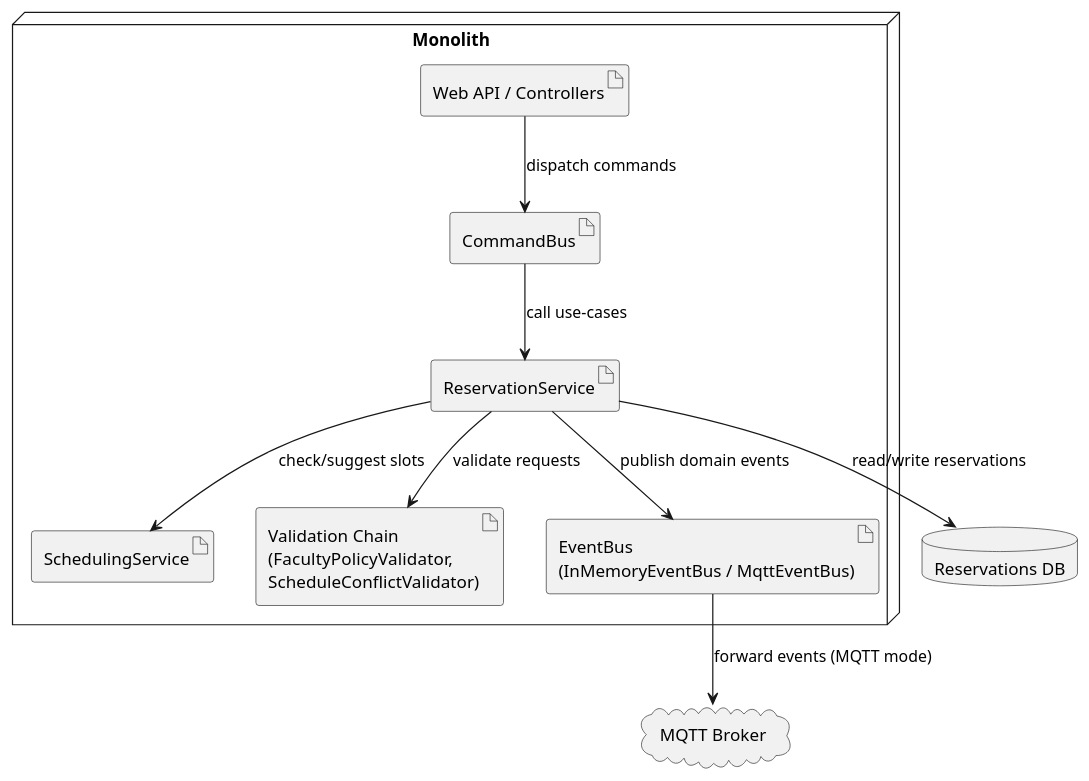
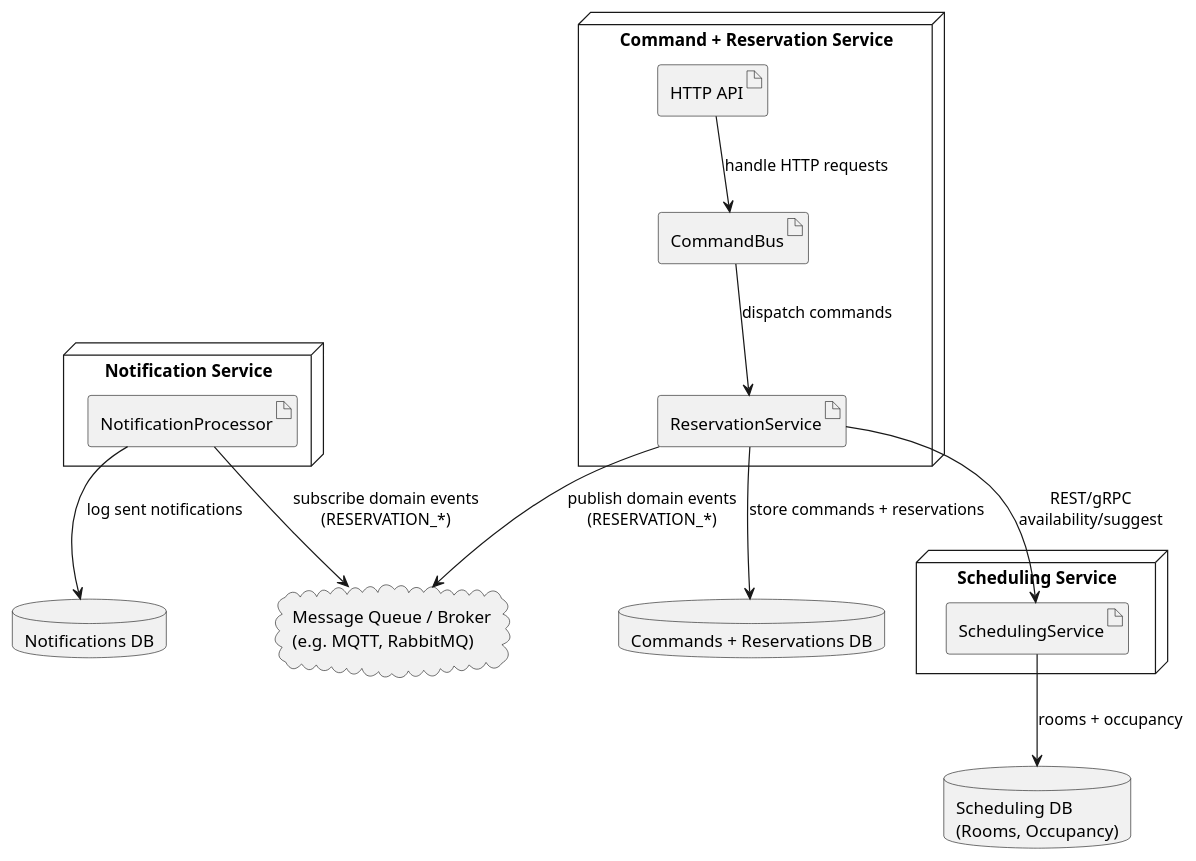
Before and after one commit to mmswflow-upb/sdt-proj: the diagram in diagrams/microservices/deployment.puml, drawn with PlantUML. The commit also changed 11 other files, not shown here.

Commit message:
readme finished and diagrams added

```diff
--- a/diagrams/microservices/deployment.puml
+++ b/diagrams/microservices/deployment.puml
@@ -1,27 +1,50 @@
-@startuml Monolith_Deployment
+@startuml Microservices_Deployment_Final
 
 skinparam nodeStyle rectangle
 skinparam databaseStyle cylinder
 
-node "Monolith" as MonolithApp {
-
-  artifact "Web API / Controllers" as WebApi
-  artifact "CommandBus" as CommandBus
-  artifact "ReservationService" as ReservationService
-  artifact "SchedulingService" as SchedulingService
-  artifact "Validation Chain\n(FacultyPolicyValidator,\nScheduleConflictValidator)" as Validation
-  artifact "EventBus\n(InMemoryEventBus / MqttEventBus)" as EventBus
+' Command + Reservation Service
+node "Command + Reservation Service" as CmdResService {
+  artifact "HTTP API" as HttpApi
+  artifact "CommandBus" as MS_CommandBus
+  artifact "ReservationService" as MS_ReservationService
 }
 
-database "Reservations DB" as ReservationsDB
-cloud "MQTT Broker" as MqttBroker
+' Scheduling Service
+node "Scheduling Service" as SchedulingServiceNode {
+  artifact "SchedulingService" as MS_SchedulingService
+}
 
-WebApi          --> CommandBus       : dispatch commands
-CommandBus      --> ReservationService : call use-cases
-ReservationService --> Validation    : validate requests
-ReservationService --> SchedulingService : check/suggest slots
-ReservationService --> ReservationsDB : read/write reservations
-ReservationService --> EventBus      : publish domain events
-EventBus        --> MqttBroker       : forward events (MQTT mode)
+' Notification Service
+node "Notification Service" as NotificationServiceNode {
+  artifact "NotificationProcessor" as MS_NotificationProcessor
+}
+
+' Databases
+database "Commands + Reservations DB" as CommandsResDB
+database "Scheduling DB\n(Rooms, Occupancy)" as SchedulingDB
+database "Notifications DB" as NotificationsDB
+
+' Message Queue / Broker
+cloud "Message Queue / Broker\n(e.g. MQTT, RabbitMQ)" as Broker
+
+' HTTP entrypoint
+HttpApi --> MS_CommandBus          : handle HTTP requests
+MS_CommandBus --> MS_ReservationService : dispatch commands
+
+' Command + Reservation Service internals
+MS_ReservationService --> CommandsResDB : store commands + reservations
+
+' Call to Scheduling Service
+MS_ReservationService --> MS_SchedulingService : REST/gRPC\navailability/suggest
+
+MS_SchedulingService --> SchedulingDB : rooms + occupancy
+
+' Event publishing
+MS_ReservationService --> Broker : publish domain events\n(RESERVATION_*)
+
+' Notification subscription
+MS_NotificationProcessor --> Broker : subscribe domain events\n(RESERVATION_*)
+MS_NotificationProcessor --> NotificationsDB : log sent notifications
 
 @enduml
```
